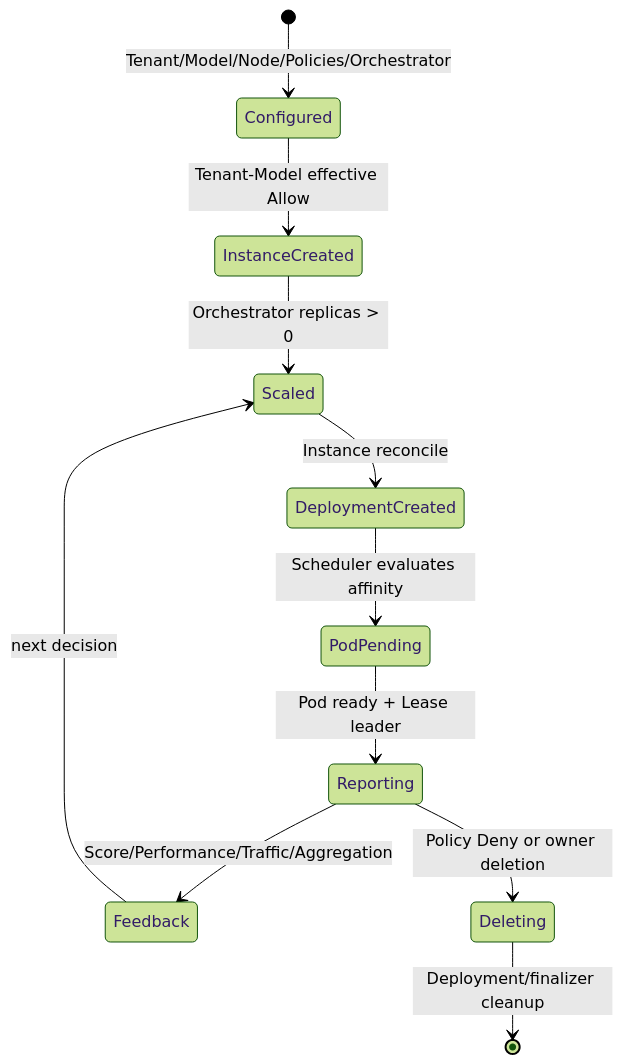
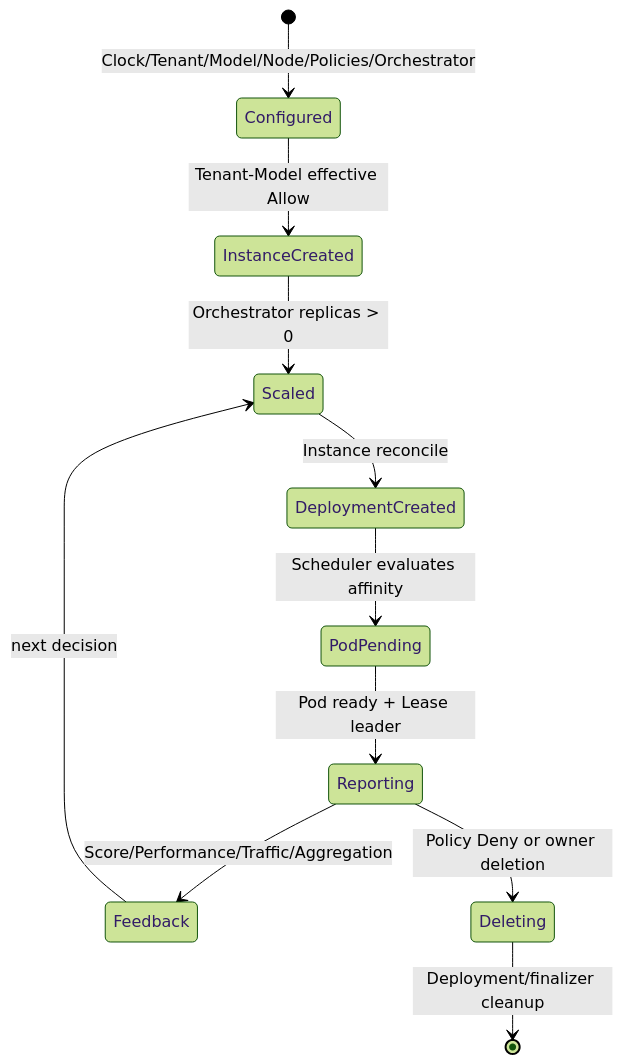
The first of 4 diagrams in docs/kubernetes/RESOURCE_LIFECYCLE.md (3900563672/hello-k8s-ai), drawn with Mermaid (forest theme) before and after one commit. The commit also changed other lines of this file and 86 other files, not shown here.

````diff
--- a/docs/kubernetes/RESOURCE_LIFECYCLE.md
+++ b/docs/kubernetes/RESOURCE_LIFECYCLE.md
@@ -5,13 +5,13 @@
 ```mermaid
 stateDiagram-v2
-  [*] --> Configured: Tenant/Model/Node/Policies/Orchestrator
+  [*] --> Configured: Clock/Tenant/Model/Node/Policies/Orchestrator
   Configured --> InstanceCreated: Tenant-Model effective Allow
   InstanceCreated --> Scaled: Orchestrator replicas > 0
   Scaled --> DeploymentCreated: Instance reconcile
   DeploymentCreated --> PodPending: Scheduler evaluates affinity
   PodPending --> Reporting: Pod ready + Lease leader
   Reporting --> Feedback: Score/Performance/Traffic/Aggregation
   Feedback --> Scaled: next decision
   Reporting --> Deleting: Policy Deny or owner deletion
   Deleting --> [*]: Deployment/finalizer cleanup
 ```
````
